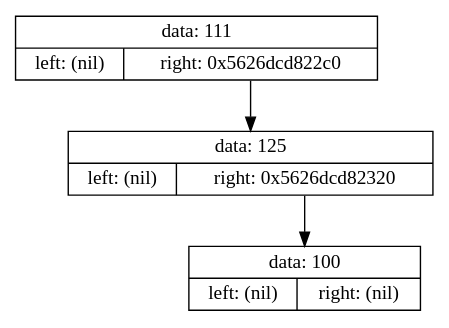
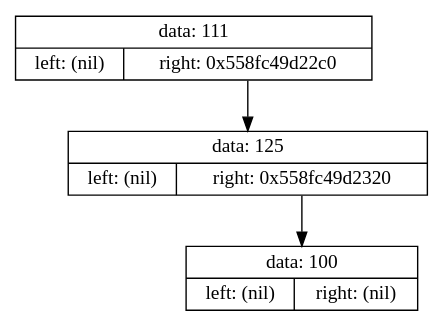
The diagram in Projects/6.Binary_Tree/tmp/tempautogeneratedlog.gv (Shishqa/MIPT_1sem_C_lang), drawn with Graphviz before and after one commit. The commit also changed 31 other files, not shown here.

```diff
--- a/Projects/6.Binary_Tree/tmp/tempautogeneratedlog.gv
+++ b/Projects/6.Binary_Tree/tmp/tempautogeneratedlog.gv
@@ -1,9 +1,9 @@
 digraph dump
 {
-	node0x5626dcd82260 [shape = "record", label = "{<f1>data: 111|{<f2>left: (nil)|<f3>right: 0x5626dcd822c0}}"];
-	node0x5626dcd822c0 [shape = "record", label = "{<f1>data: 125|{<f2>left: (nil)|<f3>right: 0x5626dcd82320}}"];
-	node0x5626dcd82320 [shape = "record", label = "{<f1>data: 100|{<f2>left: (nil)|<f3>right: (nil)}}"];
-	node0x5626dcd822c0:f3 -> node0x5626dcd82320
-	node0x5626dcd82260:f3 -> node0x5626dcd822c0
+	node0x558fc49d2260 [shape = "record", label = "{<f1>data: 111|{<f2>left: (nil)|<f3>right: 0x558fc49d22c0}}"];
+	node0x558fc49d22c0 [shape = "record", label = "{<f1>data: 125|{<f2>left: (nil)|<f3>right: 0x558fc49d2320}}"];
+	node0x558fc49d2320 [shape = "record", label = "{<f1>data: 100|{<f2>left: (nil)|<f3>right: (nil)}}"];
+	node0x558fc49d22c0:f3 -> node0x558fc49d2320
+	node0x558fc49d2260:f3 -> node0x558fc49d22c0
 
 }
```
